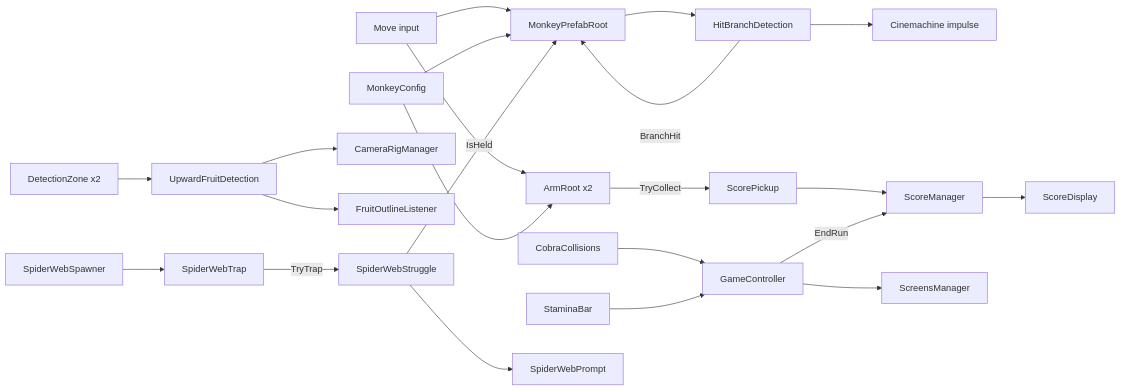
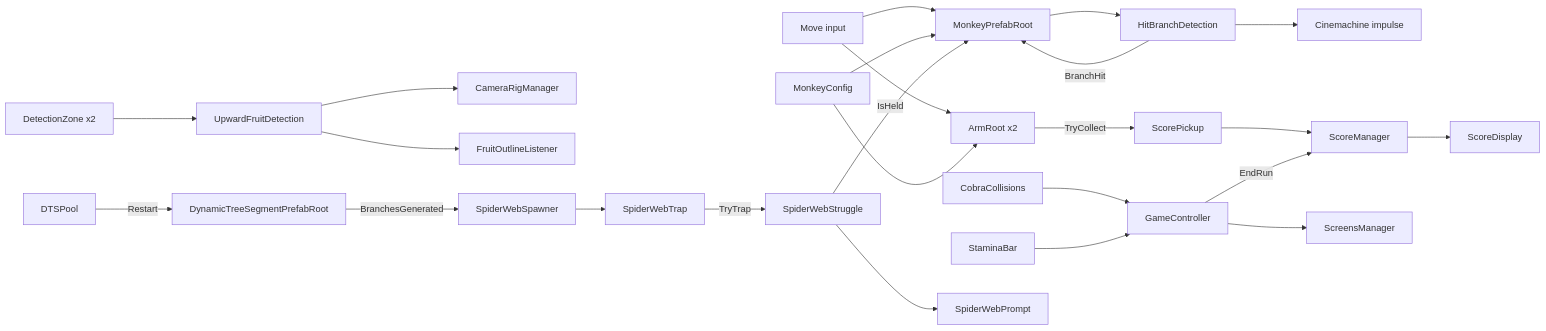
One commit to kami-lel/monkobra changed the diagram in CONTEXT.md. Above: the diagram before and after it, drawn with Mermaid. The commit also changed other lines of this file and 10 other files, not shown here.

First line of the commit message:
fix spider webs on endless tree, ramp web chance w/ climb height

````diff
--- a/CONTEXT.md
+++ b/CONTEXT.md
@@ -56,24 +56,26 @@
 ```mermaid
 graph LR
   Input[Move input] --> Root[MonkeyPrefabRoot]
   Input --> Arm[ArmRoot x2]
   Cfg[MonkeyConfig] --> Root
   Cfg --> Arm
   Root --> Hit[HitBranchDetection]
   Hit -->|BranchHit| Root
   Hit --> Shake[Cinemachine impulse]
   Zones[DetectionZone x2] --> Fruit[UpwardFruitDetection]
   Fruit --> Cam[CameraRigManager]
   Fruit --> Outline[FruitOutlineListener]
   Arm -->|TryCollect| Pickup[ScorePickup]
   Pickup --> Score[ScoreManager]
   Score --> ScoreUI[ScoreDisplay]
   Cobra[CobraCollisions] --> Game[GameController]
   Stamina[StaminaBar] --> Game
   Game --> Screens[ScreensManager]
   Game -->|EndRun| Score
-  Spawner[SpiderWebSpawner] --> Web[SpiderWebTrap]
+  Pool[DTSPool] -->|Restart| Segment[DynamicTreeSegmentPrefabRoot]
+  Segment -->|BranchesGenerated| Spawner[SpiderWebSpawner]
+  Spawner --> Web[SpiderWebTrap]
   Web -->|TryTrap| Struggle[SpiderWebStruggle]
   Struggle -->|IsHeld| Root
   Struggle --> Prompt[SpiderWebPrompt]
 ```
````
